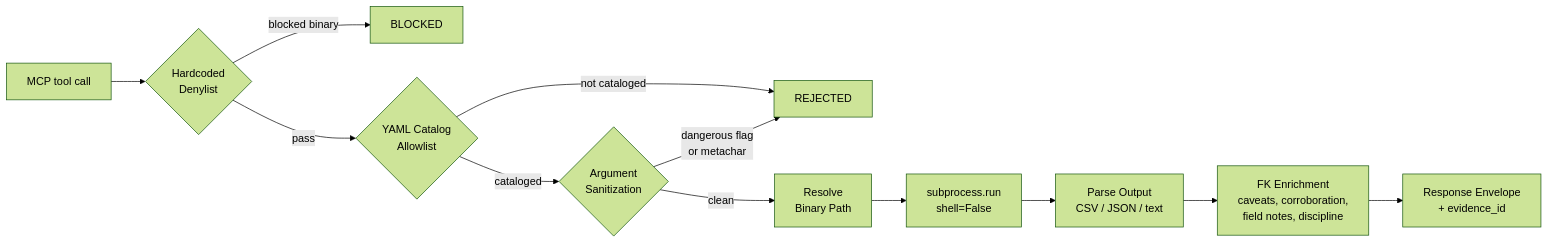
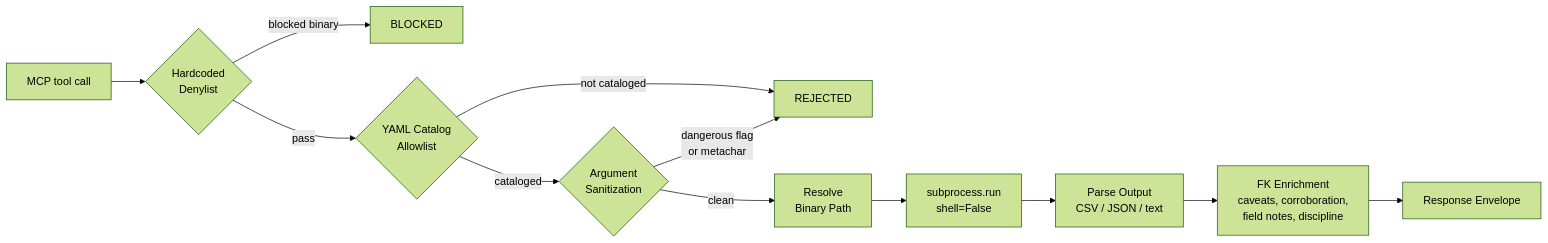
The second of 3 diagrams in README.md (AppliedIR/wintools-mcp), drawn with Mermaid (forest theme) before and after one commit. The commit also changed other lines of this file, not shown here.

````diff
--- a/README.md
+++ b/README.md
@@ -97,14 +20,14 @@
 ```mermaid
 graph LR
     REQ["MCP tool call"] --> DENY{"Hardcoded<br/>Denylist"}
     DENY -->|"blocked binary"| BLOCK["BLOCKED"]
     DENY -->|"pass"| CAT{"YAML Catalog<br/>Allowlist"}
     CAT -->|"not cataloged"| REJECT["REJECTED"]
     CAT -->|"cataloged"| SANITIZE{"Argument<br/>Sanitization"}
     SANITIZE -->|"dangerous flag<br/>or metachar"| REJECT
     SANITIZE -->|"clean"| RESOLVE["Resolve<br/>Binary Path"]
     RESOLVE --> EXEC["subprocess.run<br/>shell=False"]
     EXEC --> PARSE["Parse Output<br/>CSV / JSON / text"]
     PARSE --> ENRICH["FK Enrichment<br/>caveats, corroboration,<br/>field notes, discipline"]
-    ENRICH --> RESP["Response Envelope<br/>+ evidence_id"]
+    ENRICH --> RESP["Response Envelope"]
 ```
````
